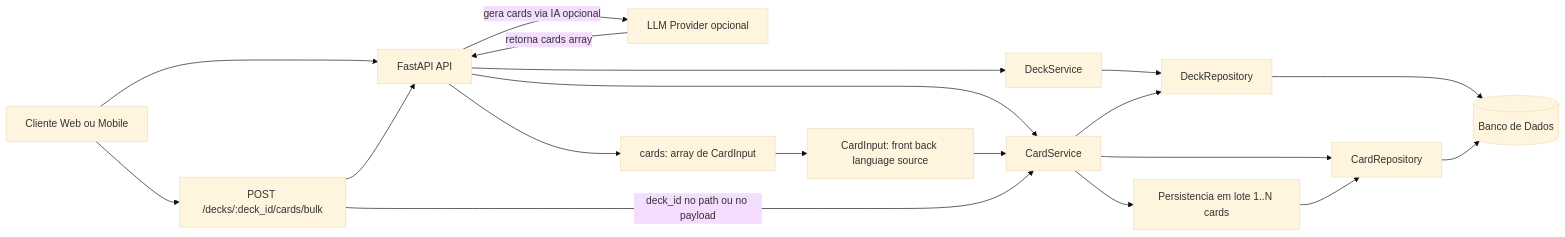
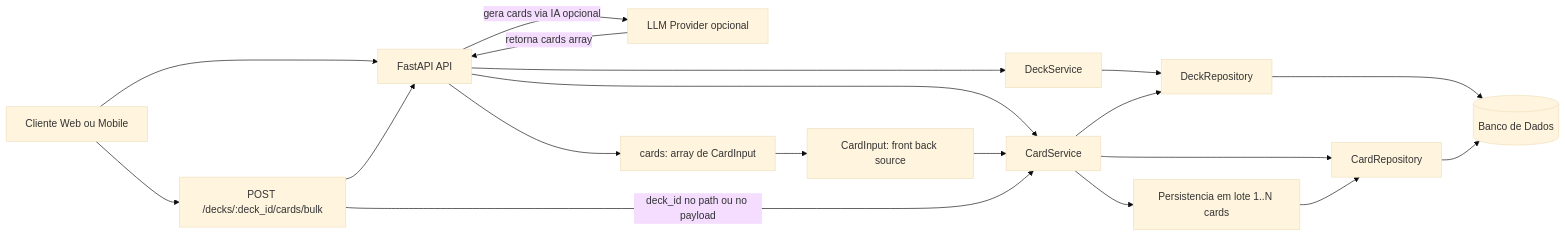
Before and after one commit to guilherme-rms-cv/flashcards-micro-api: the diagram in docs/arquitetura-componentes.mmd, drawn with Mermaid (base theme). The commit also changed 2 other files, not shown here.

Commit message:
docs(cards): remove language field references from scope backlog and architecture

````diff
--- a/docs/arquitetura-componentes.mmd
+++ b/docs/arquitetura-componentes.mmd
@@ -1,31 +1,31 @@
 ```mermaid
 flowchart LR
     Client[Cliente Web ou Mobile]
     API[FastAPI API]
     DeckService[DeckService]
     CardService[CardService]
     DeckRepo[DeckRepository]
     CardRepo[CardRepository]
     DB[(Banco de Dados)]
     LLM[LLM Provider opcional]
 
     BulkEndpoint[POST /decks/:deck_id/cards/bulk]
     BulkPayload[cards: array de CardInput]
-    CardInput[CardInput: front back language source]
+    CardInput[CardInput: front back source]
     PersistBulk[Persistencia em lote 1..N cards]
 
     Client --> API
     Client --> BulkEndpoint --> API
 
     API --> DeckService --> DeckRepo --> DB
     API --> CardService
     CardService --> CardRepo --> DB
     CardService --> DeckRepo
 
     API -->|gera cards via IA opcional| LLM
     LLM -->|retorna cards array| API
 
     API --> BulkPayload --> CardInput --> CardService
     BulkEndpoint -->|deck_id no path ou no payload| CardService
     CardService --> PersistBulk --> CardRepo
 ```
````
